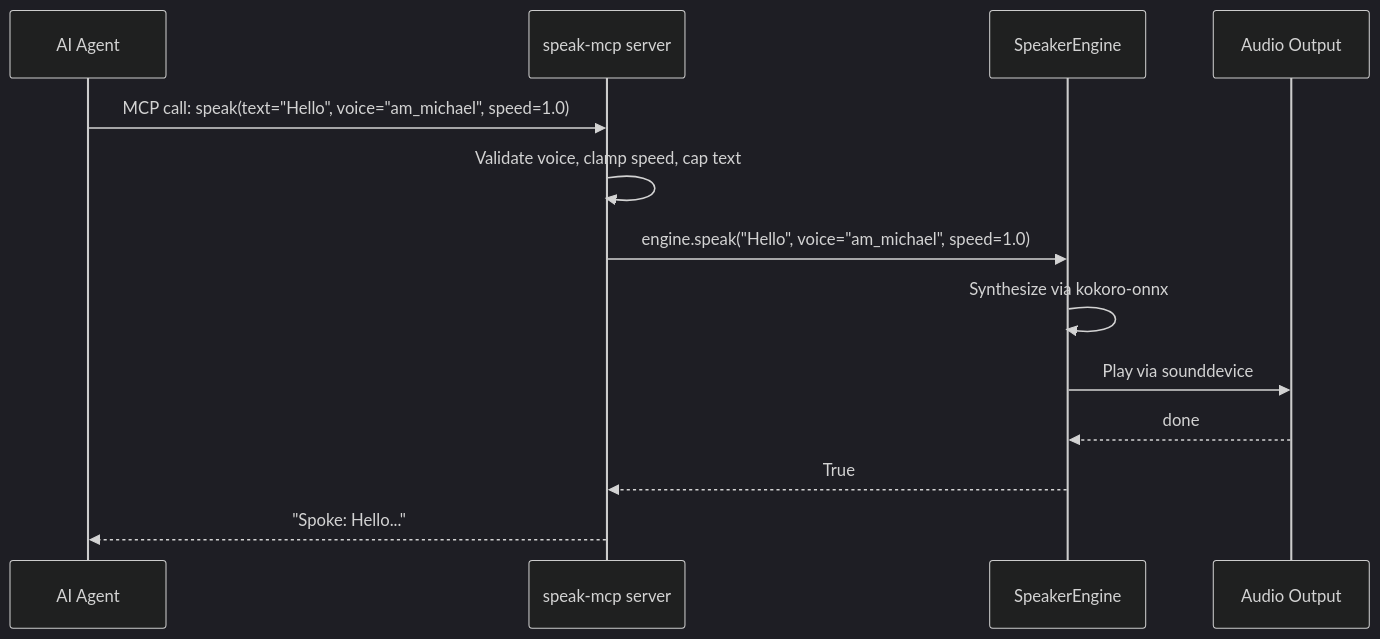
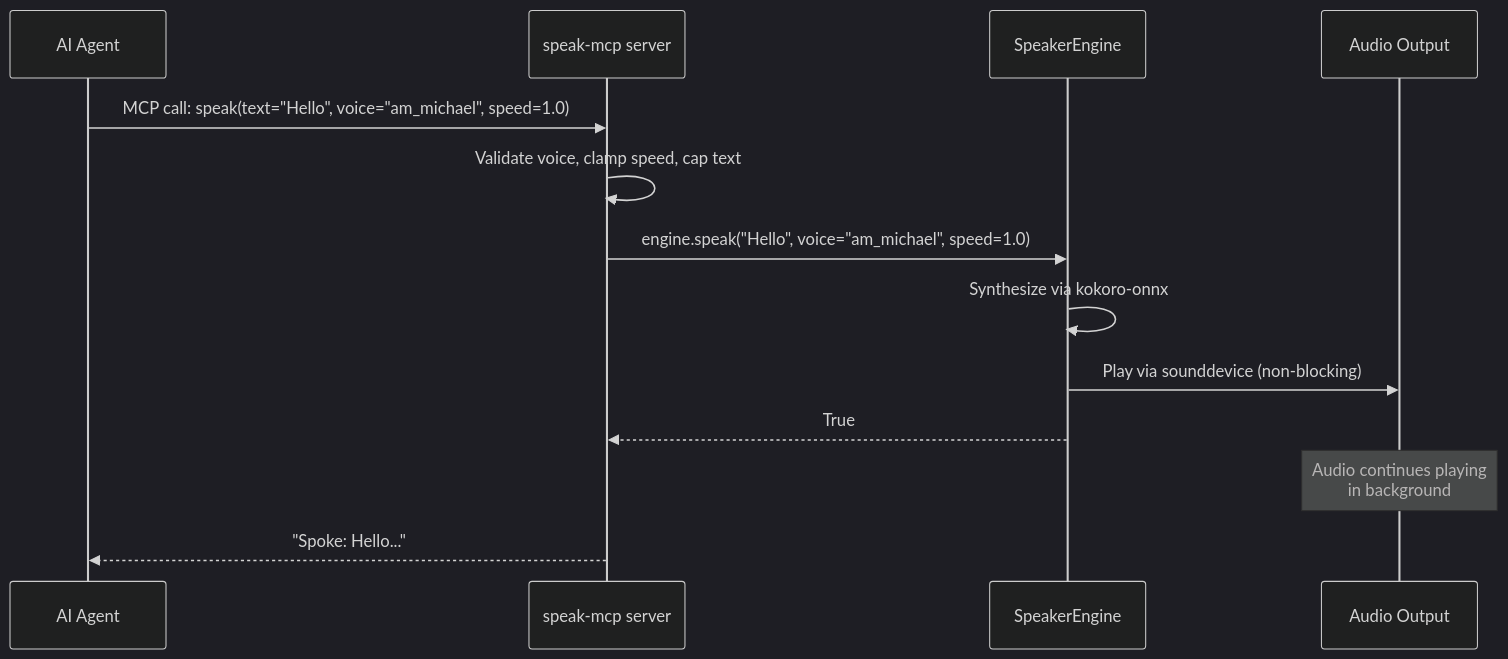
Before and after one commit to NetDevAutomate/Agent-Speaker: the diagram in docs/mcp.md, drawn with Mermaid (dark theme). The commit also changed 10 other files, not shown here.

First line of the commit message:
fix: non-blocking playback, SHA-256 model checksums, security hardening

````diff
--- a/docs/mcp.md
+++ b/docs/mcp.md
@@ -11,16 +11,16 @@
 ```mermaid
 sequenceDiagram
     participant Agent as AI Agent
     participant MCP as speak-mcp server
     participant Engine as SpeakerEngine
     participant Audio as Audio Output
 
     Agent->>MCP: MCP call: speak(text="Hello", voice="am_michael", speed=1.0)
     MCP->>MCP: Validate voice, clamp speed, cap text
     MCP->>Engine: engine.speak("Hello", voice="am_michael", speed=1.0)
     Engine->>Engine: Synthesize via kokoro-onnx
-    Engine->>Audio: Play via sounddevice
-    Audio-->>Engine: done
+    Engine->>Audio: Play via sounddevice (non-blocking)
     Engine-->>MCP: True
+    Note over Audio: Audio continues playing<br/>in background
     MCP-->>Agent: "Spoke: Hello..."
 ```
````
